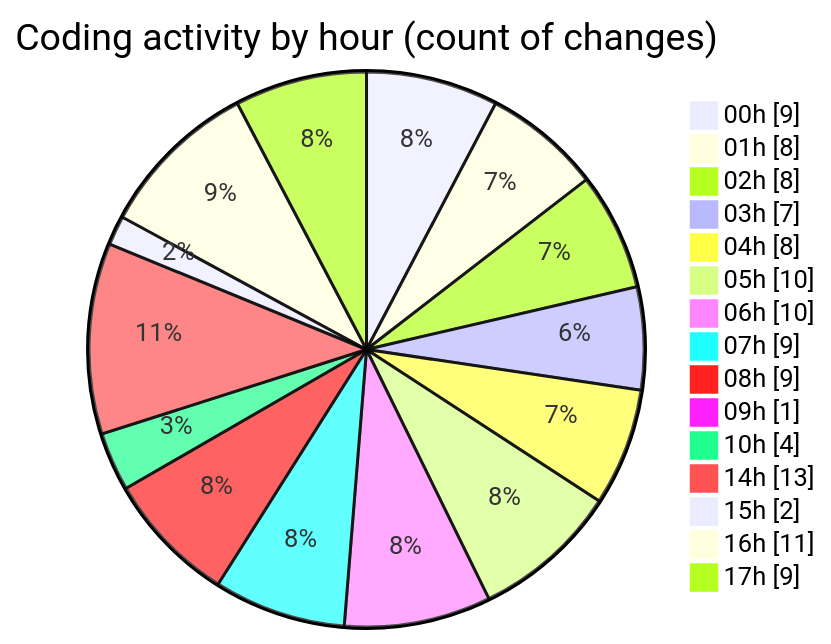
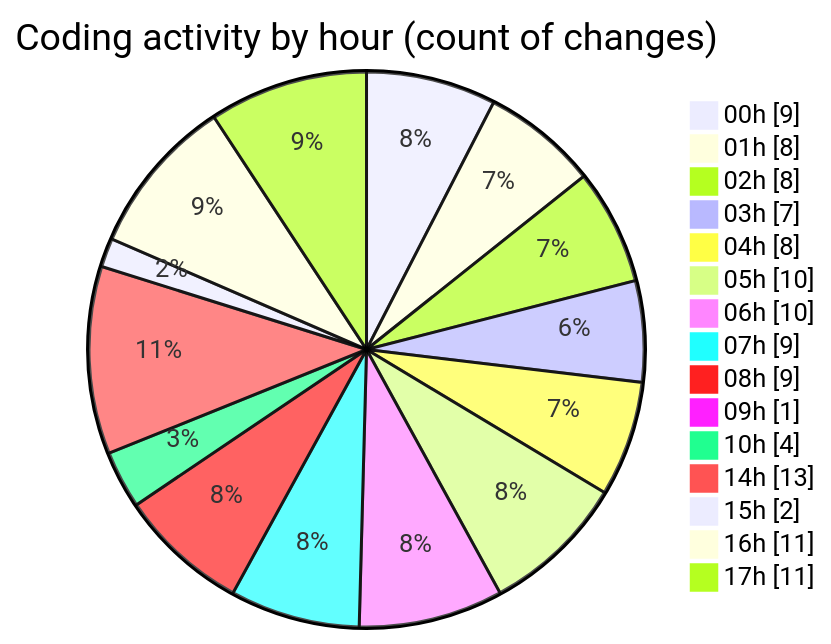
Before and after one commit to jrari/code-tracking: the second of 2 diagrams in 2025-07-14/telebot/README.md, drawn with Mermaid. The commit also changed other lines of this file and 1 other file, not shown here.

````diff
--- a/2025-07-14/telebot/README.md
+++ b/2025-07-14/telebot/README.md
@@ -73,19 +74,19 @@
 ```mermaid
 pie showData
 title Coding activity by hour (count of changes)
 "00h" : 9
 "01h" : 8
 "02h" : 8
 "03h" : 7
 "04h" : 8
 "05h" : 10
 "06h" : 10
 "07h" : 9
 "08h" : 9
 "09h" : 1
 "10h" : 4
 "14h" : 13
 "15h" : 2
 "16h" : 11
-"17h" : 9
+"17h" : 11
 ```
````
